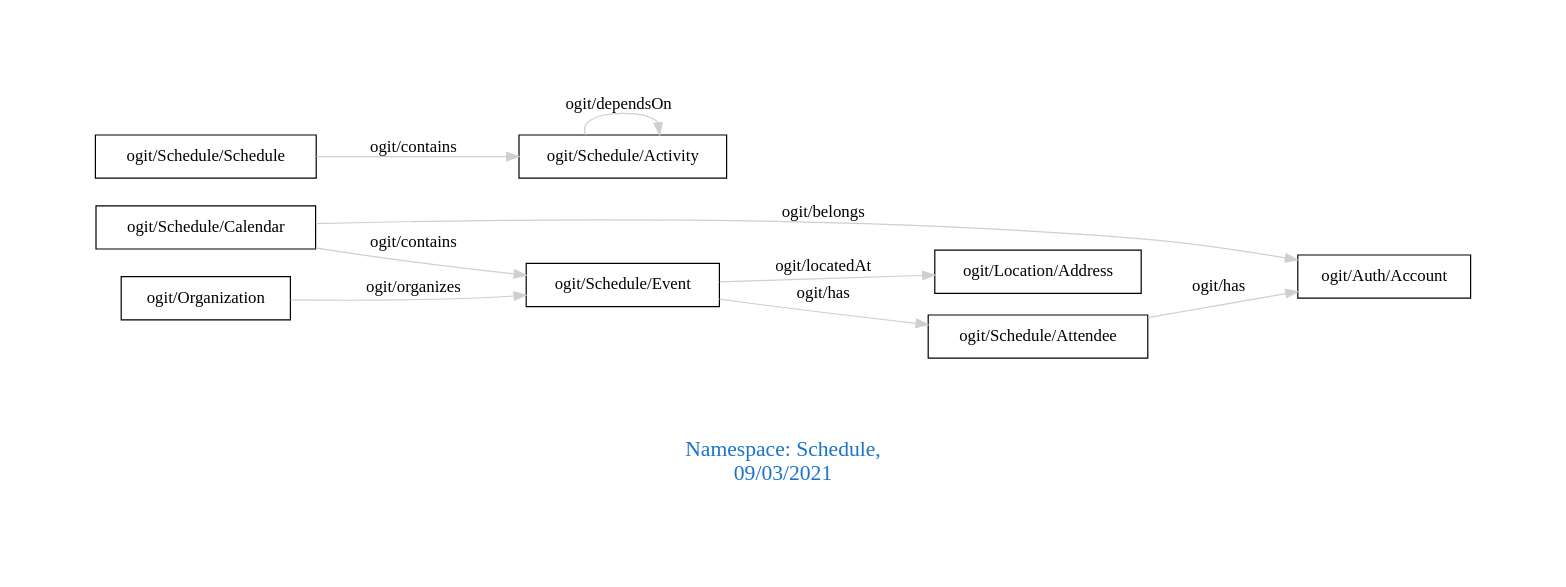
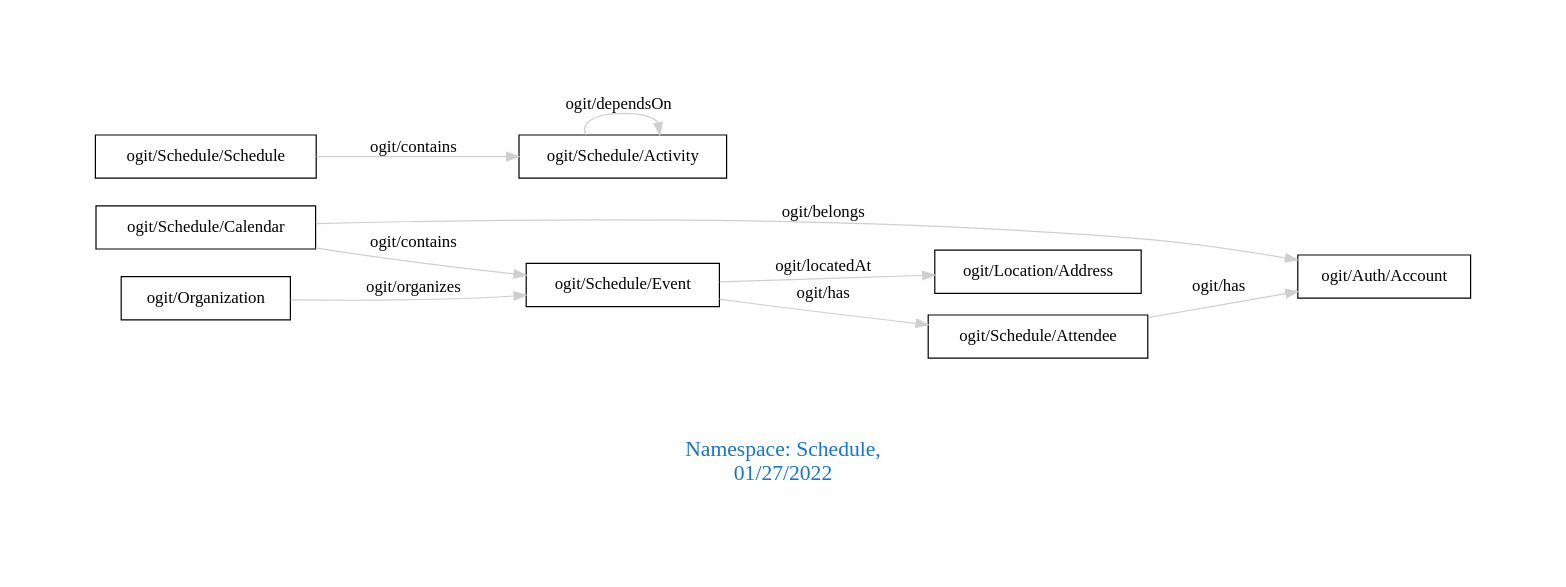
One commit to arago/OGIT changed the diagram in downloads/Schedule.dot. Above: the diagram before and after it, drawn with Graphviz. The commit also changed 1937 other files, not shown here.

```diff
--- a/downloads/Schedule.dot
+++ b/downloads/Schedule.dot
@@ -1,16 +1,16 @@
 digraph OGIT_ontology {
  graph [ rankdir= LR,pad=1 
 fontsize = 18,
-fontcolor= dodgerblue3,label = "\n\n\nNamespace: Schedule, \n 09/03/2021"];
+fontcolor= dodgerblue3,label = "\n\n\nNamespace: Schedule, \n 01/27/2022"];
 node[shape=polygon];
 edge [  color="gray81"];
 
    "ogit/Schedule/Calendar" -> "ogit/Schedule/Event" [label="   ogit/contains    "];
    "ogit/Schedule/Schedule" -> "ogit/Schedule/Activity" [label="   ogit/contains    "];
    "ogit/Schedule/Event" -> "ogit/Location/Address" [label="   ogit/locatedAt    "];
    "ogit/Organization" -> "ogit/Schedule/Event" [label="   ogit/organizes    "];
    "ogit/Schedule/Calendar" -> "ogit/Auth/Account" [label="   ogit/belongs    "];
    "ogit/Schedule/Attendee" -> "ogit/Auth/Account" [label="   ogit/has    "];
    "ogit/Schedule/Event" -> "ogit/Schedule/Attendee" [label="   ogit/has    "];
    "ogit/Schedule/Activity" -> "ogit/Schedule/Activity" [label="   ogit/dependsOn    "];
 }
```
